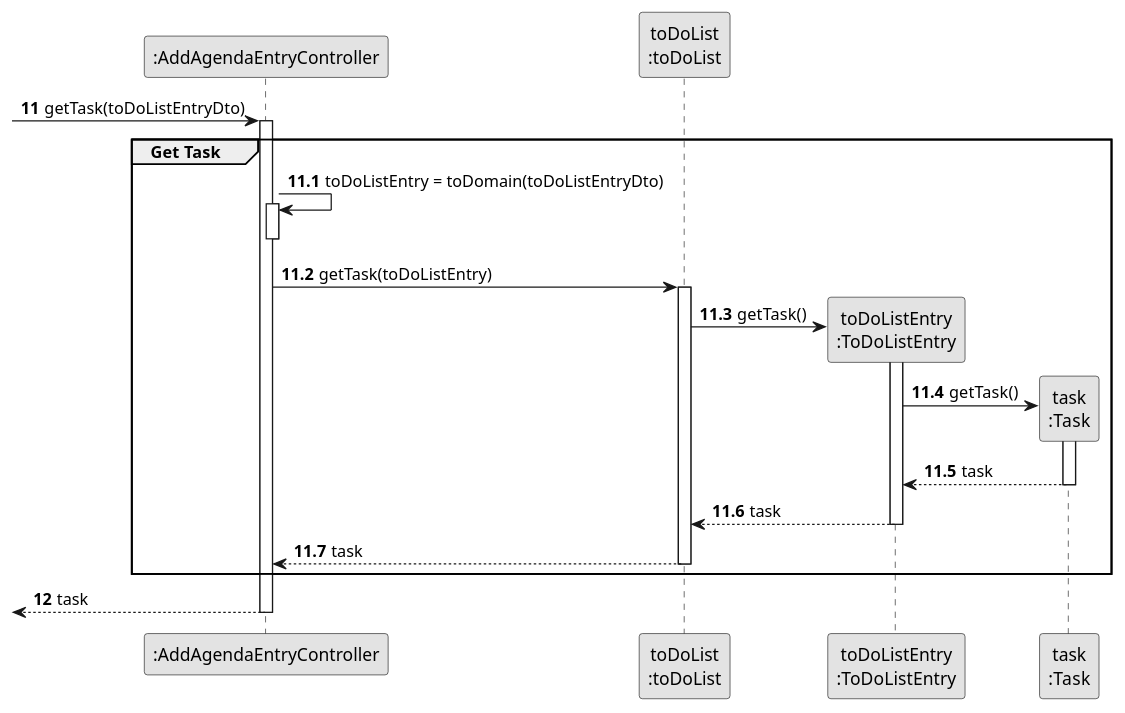
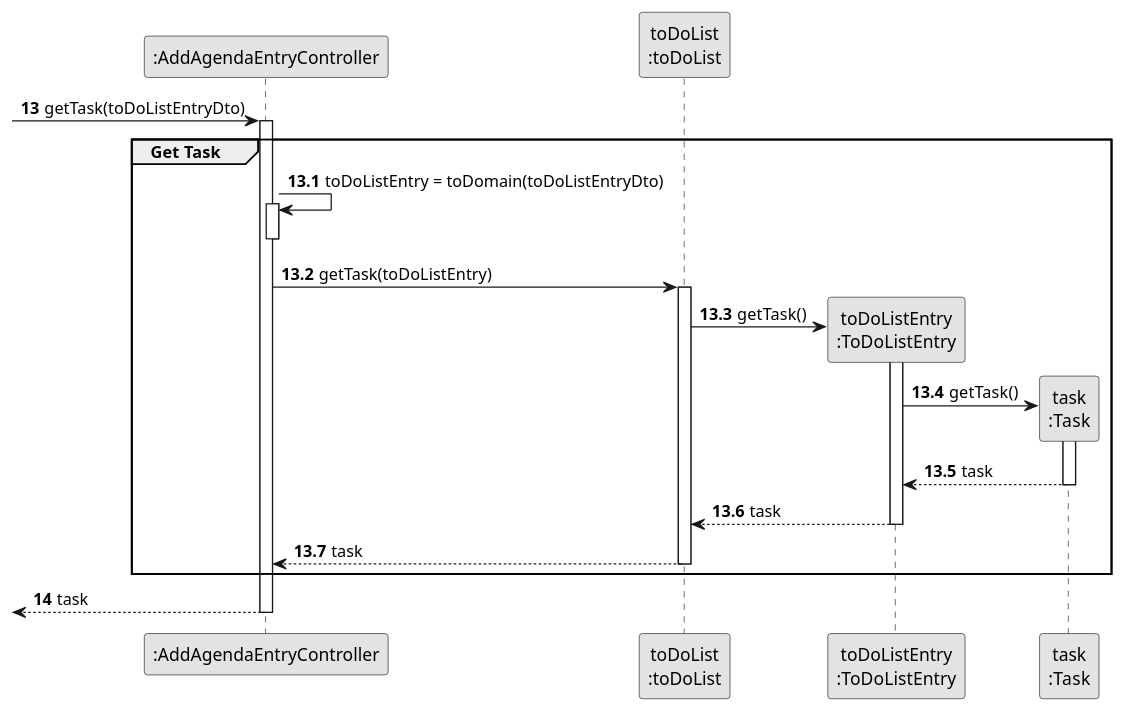
One commit to diogoveirospro/lei-24-s2-1dg-g072 changed the diagram in docs/sprintC/us022/03.design/puml/us022-sequence-diagram-partial-get-task.puml. Above: the diagram before and after it, drawn with PlantUML. The commit also changed 17 other files, not shown here.

```diff
--- a/docs/sprintC/us022/03.design/puml/us022-sequence-diagram-partial-get-task.puml
+++ b/docs/sprintC/us022/03.design/puml/us022-sequence-diagram-partial-get-task.puml
@@ -1,47 +1,47 @@
 @startuml
 skinparam monochrome true
 skinparam packageStyle rectangle
 skinparam shadowing false
 
 participant ":AddAgendaEntryController" as CTRL
 participant "toDoList\n:toDoList" as TODOLIST
 participant "toDoListEntry\n:ToDoListEntry" as TODOLISTENTRY
 participant "task\n:Task" as TASK
 
-autonumber 11
+autonumber 13
 -> CTRL: getTask(toDoListEntryDto)
 
-autonumber 11.1
+autonumber 13.1
 activate CTRL
     group Get Task
 
              CTRL -> CTRL : toDoListEntry = toDomain(toDoListEntryDto)
              activate CTRL
              deactivate CTRL
 
             CTRL -> TODOLIST : getTask(toDoListEntry)
             activate TODOLIST
 
                 TODOLIST -> TODOLISTENTRY** : getTask()
                 activate TODOLISTENTRY
 
                     TODOLISTENTRY -> TASK** : getTask()
                     activate TASK
 
                         TASK --> TODOLISTENTRY : task
                     deactivate TASK
 
                     TODOLISTENTRY --> TODOLIST : task
                 deactivate TODOLISTENTRY
 
                 TODOLIST --> CTRL : task
             deactivate TODOLIST
 
     end
 
-    autonumber 12
+    autonumber 14
     <-- CTRL : task
 deactivate CTRL
 
 
 @enduml
```
